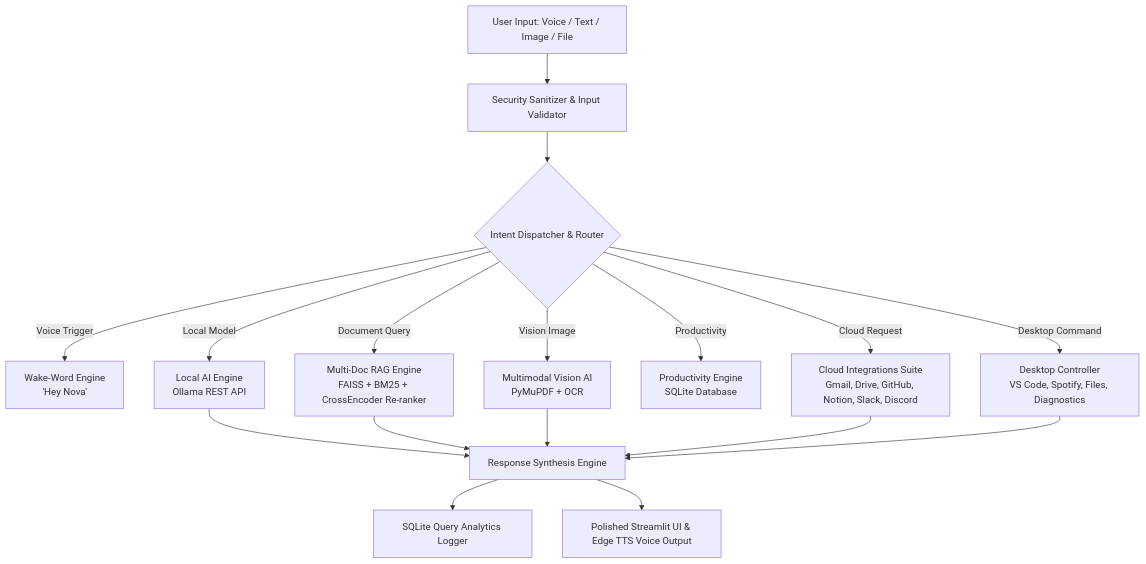
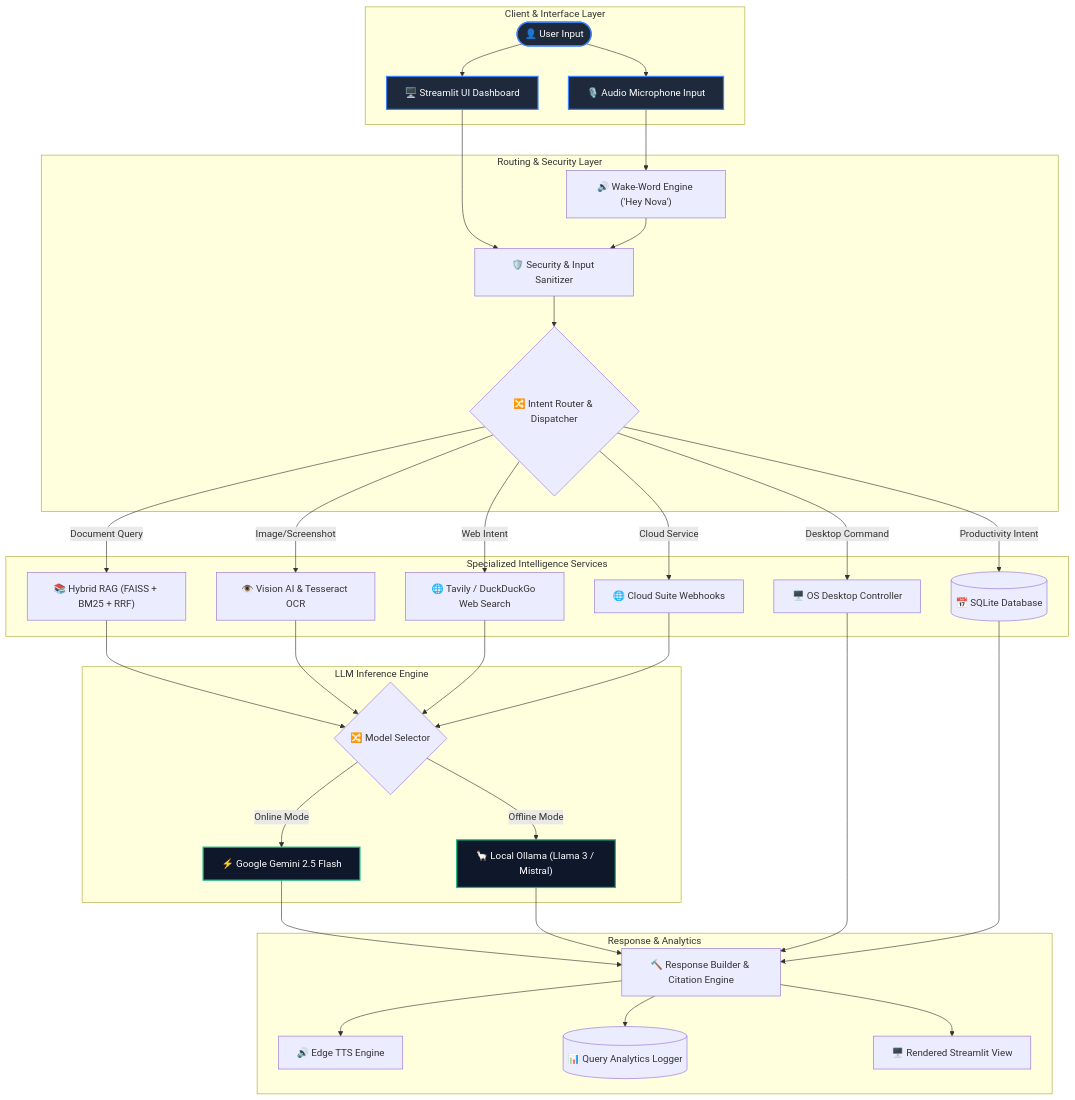
Before and after one commit to Sonal-sp/Nova-An-AI-voice-assistant-: the second of 10 diagrams in README.md, drawn with Mermaid. The commit also changed other lines of this file, not shown here.

Commit message:
docs: Redesign README.md into flagship open-source AI project documentation with full Mermaid architecture diagrams, technical pipelines, and performance benchmarks

````diff
--- a/README.md
+++ b/README.md
@@ -32,22 +110,49 @@
 ```mermaid
 flowchart TD
-    UserQuery[User Input: Voice / Text / Image / File] --> InputSanitizer[Security Sanitizer & Input Validator]
-    InputSanitizer --> Router{Intent Dispatcher & Router}
+    subgraph ClientLayer ["Client & Interface Layer"]
+        User(["👤 User Input"]) --> UI["🖥️ Streamlit UI Dashboard"]
+        User --> Mic["🎙️ Audio Microphone Input"]
+    end
 
-    Router -->|Voice Trigger| WakeWord[Wake-Word Engine\n'Hey Nova']
-    Router -->|Cloud Request| Integrations[Cloud Integrations Suite\nGmail, Drive, GitHub, Notion, Slack, Discord]
-    Router -->|Local Model| Ollama[Local AI Engine\nOllama REST API]
-    Router -->|Desktop Command| OSControl[Desktop Controller\nVS Code, Spotify, Files, Diagnostics]
-    Router -->|Productivity| SQLiteDB[Productivity Engine\nSQLite Database]
-    Router -->|Document Query| HybridRAG[Multi-Doc RAG Engine\nFAISS + BM25 + CrossEncoder Re-ranker]
-    Router -->|Vision Image| VisionAI[Multimodal Vision AI\nPyMuPDF + OCR]
+    subgraph RouterLayer ["Routing & Security Layer"]
+        Mic --> WakeWord["🔊 Wake-Word Engine ('Hey Nova')"]
+        UI --> Security["🛡️ Security & Input Sanitizer"]
+        WakeWord --> Security
+        Security --> Router{"🔀 Intent Router & Dispatcher"}
+    end
 
-    Ollama --> LLMSynthesis[Response Synthesis Engine]
-    HybridRAG --> LLMSynthesis
-    VisionAI --> LLMSynthesis
-    Integrations --> LLMSynthesis
-    OSControl --> LLMSynthesis
+    subgraph ServiceLayer ["Specialized Intelligence Services"]
+        Router -->|Document Query| RAG["📚 Hybrid RAG (FAISS + BM25 + RRF)"]
+        Router -->|Image/Screenshot| Vision["👁️ Vision AI & Tesseract OCR"]
+        Router -->|Web Intent| Search["🌐 Tavily / DuckDuckGo Web Search"]
+        Router -->|Desktop Command| OSControl["🖥️ OS Desktop Controller"]
+        Router -->|Productivity Intent| SQLiteDB[("📅 SQLite Database")]
+        Router -->|Cloud Service| CloudSuite["🌐 Cloud Suite Webhooks"]
+    end
 
-    LLMSynthesis --> AnalyticsLogger[SQLite Query Analytics Logger]
-    LLMSynthesis --> OutputUI[Polished Streamlit UI & Edge TTS Voice Output]
+    subgraph EngineLayer ["LLM Inference Engine"]
+        RAG --> EngineSelect{"🔀 Model Selector"}
+        Vision --> EngineSelect
+        Search --> EngineSelect
+        CloudSuite --> EngineSelect
+        
+        EngineSelect -->|Online Mode| Gemini["⚡ Google Gemini 2.5 Flash"]
+        EngineSelect -->|Offline Mode| Ollama["🦙 Local Ollama (Llama 3 / Mistral)"]
+    end
+
+    subgraph OutputLayer ["Response & Analytics"]
+        Gemini --> ResponseBuilder["🔨 Response Builder & Citation Engine"]
+        Ollama --> ResponseBuilder
+        OSControl --> ResponseBuilder
+        SQLiteDB --> ResponseBuilder
+        
+        ResponseBuilder --> TTS["🔊 Edge TTS Engine"]
+        ResponseBuilder --> Analytics[("📊 Query Analytics Logger")]
+        ResponseBuilder --> Display["🖥️ Rendered Streamlit View"]
+    end
+
+    classDef primary fill:#1e293b,stroke:#3b82f6,stroke-width:2px,color:#fff;
+    classDef accent fill:#0f172a,stroke:#10b981,stroke-width:2px,color:#fff;
+    class User,UI,Mic primary;
+    class Gemini,Ollama,FAISS accent;
 ```
````
